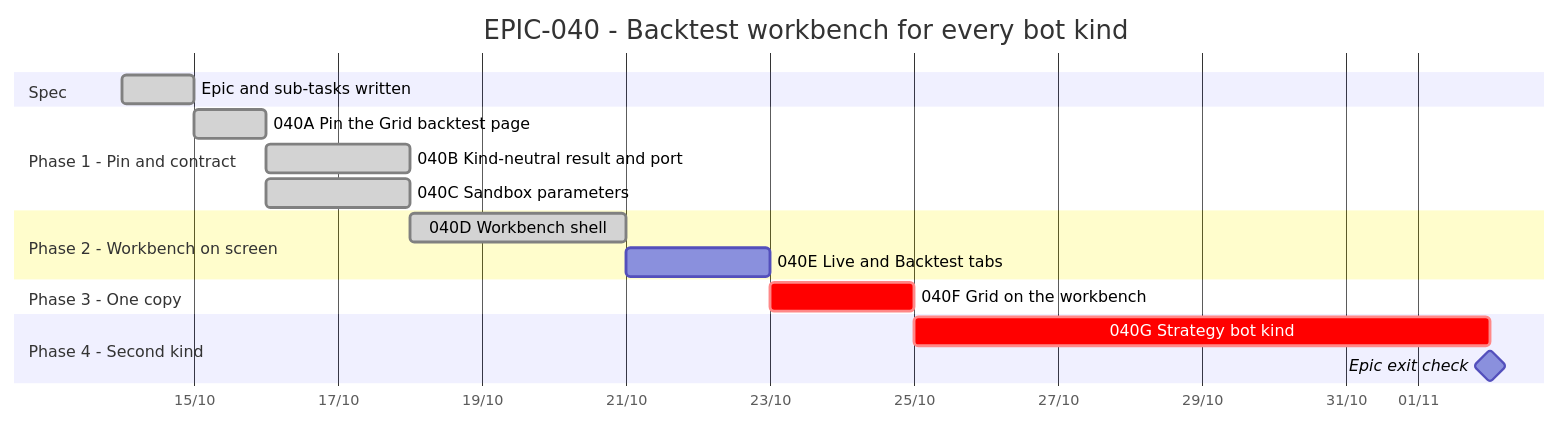
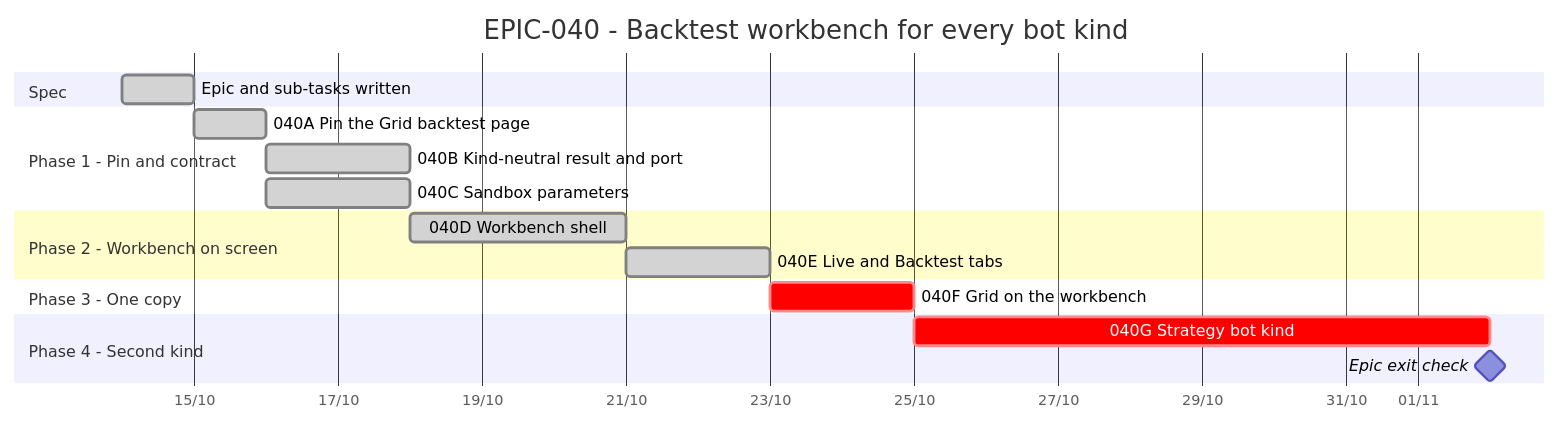
Before and after one commit to anhembedded/Sagittarius_Elite_Warrior: the diagram in Tasks/epics/EPIC-040_backtest_workbench/TRACKING.md, drawn with Mermaid. The commit also changed other lines of this file and 27 other files, not shown here.

First line of the commit message:
feat(bots): the Bots centre has Live and Backtest tabs and the bottom Backtest dock is gone (EPIC-040E)

````diff
--- a/Tasks/epics/EPIC-040_backtest_workbench/TRACKING.md
+++ b/Tasks/epics/EPIC-040_backtest_workbench/TRACKING.md
@@ -14,25 +14,25 @@
 ```mermaid
 gantt
     title EPIC-040 - Backtest workbench for every bot kind
     dateFormat  YYYY-MM-DD
     axisFormat  %d/%m
 
     section Spec
     Epic and sub-tasks written            :done,    s1, 2026-10-14, 1d
 
     section Phase 1 - Pin and contract
     040A Pin the Grid backtest page       :done,    a, after s1, 1d
     040B Kind-neutral result and port     :done,    b, after a, 2d
     040C Sandbox parameters               :done,    c, after a, 2d
 
     section Phase 2 - Workbench on screen
     040D Workbench shell                  :done,    d, after b c, 3d
-    040E Live and Backtest tabs           :         e, after d, 2d
+    040E Live and Backtest tabs           :done,    e, after d, 2d
 
     section Phase 3 - One copy
     040F Grid on the workbench            :crit,    f, after e, 2d
 
     section Phase 4 - Second kind
     040G Strategy bot kind                :crit,    g, after f, 8d
     Epic exit check                       :milestone, m, after g, 0d
 ```
````
